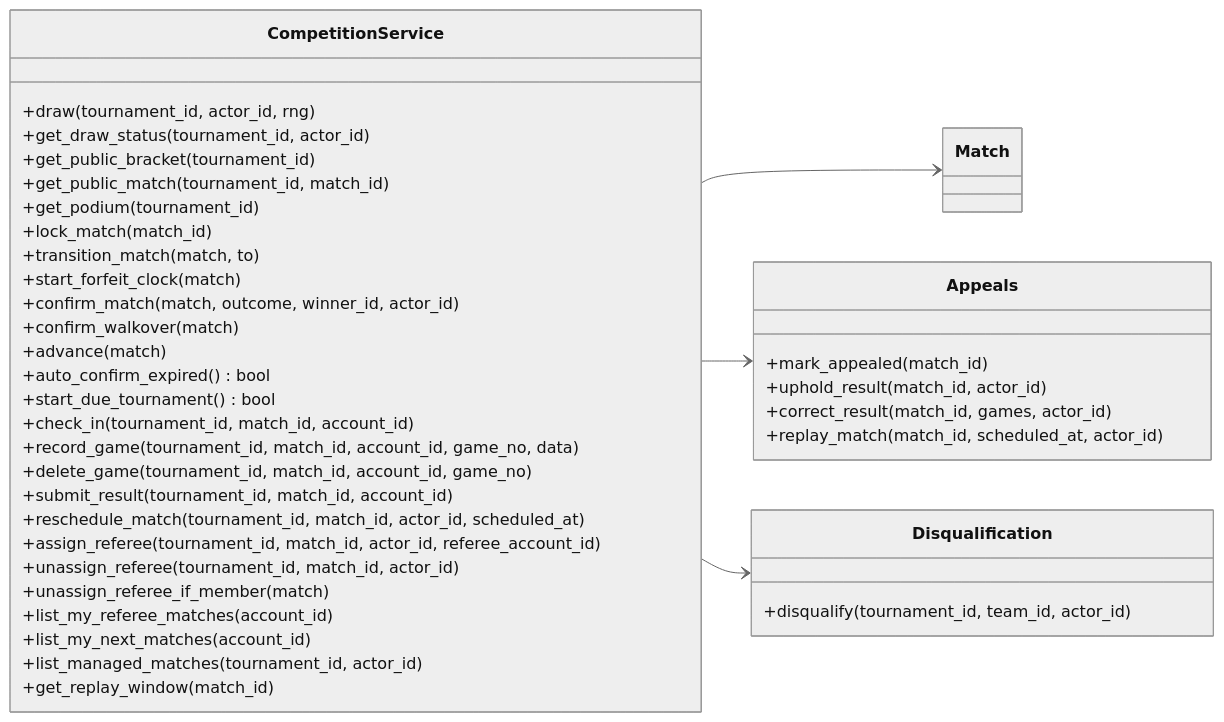
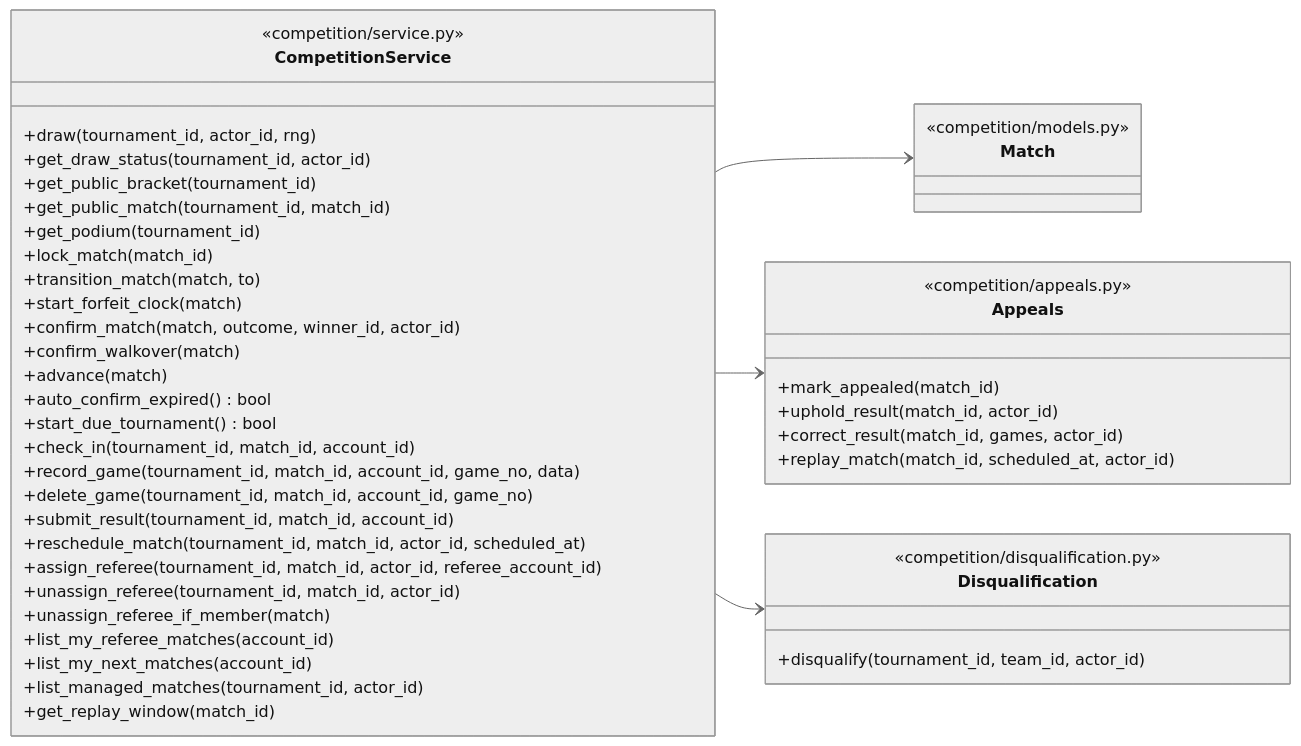
Diagram 11 of 15 in docs/midterm/D-物件設計文件.md (Team14good/esport-platform), drawn with Mermaid (neutral theme) before and after one commit. The commit also changed other lines of this file and 27 other files, not shown here.

First line of the commit message:
docs: B、C、D 其餘的圖全部對照程式標註 (#92)

````diff
--- a/docs/midterm/D-物件設計文件.md
+++ b/docs/midterm/D-物件設計文件.md
@@ -556,44 +591,49 @@
 ```mermaid
 classDiagram
   direction LR
-  class Match
+  class Match {
+    <<competition/models.py>>
+  }
   class CompetitionService {
+    <<competition/service.py>>
     +draw(tournament_id, actor_id, rng)
     +get_draw_status(tournament_id, actor_id)
     +get_public_bracket(tournament_id)
     +get_public_match(tournament_id, match_id)
     +get_podium(tournament_id)
     +lock_match(match_id)
     +transition_match(match, to)
     +start_forfeit_clock(match)
     +confirm_match(match, outcome, winner_id, actor_id)
     +confirm_walkover(match)
     +advance(match)
     +auto_confirm_expired() bool
     +start_due_tournament() bool
     +check_in(tournament_id, match_id, account_id)
     +record_game(tournament_id, match_id, account_id, game_no, data)
     +delete_game(tournament_id, match_id, account_id, game_no)
     +submit_result(tournament_id, match_id, account_id)
     +reschedule_match(tournament_id, match_id, actor_id, scheduled_at)
     +assign_referee(tournament_id, match_id, actor_id, referee_account_id)
     +unassign_referee(tournament_id, match_id, actor_id)
     +unassign_referee_if_member(match)
     +list_my_referee_matches(account_id)
     +list_my_next_matches(account_id)
     +list_managed_matches(tournament_id, actor_id)
     +get_replay_window(match_id)
   }
   class Appeals {
+    <<competition/appeals.py>>
     +mark_appealed(match_id)
     +uphold_result(match_id, actor_id)
     +correct_result(match_id, games, actor_id)
     +replay_match(match_id, scheduled_at, actor_id)
   }
   class Disqualification {
+    <<competition/disqualification.py>>
     +disqualify(tournament_id, team_id, actor_id)
   }
   CompetitionService --> Match
   CompetitionService --> Appeals
   CompetitionService --> Disqualification
 ```
````
